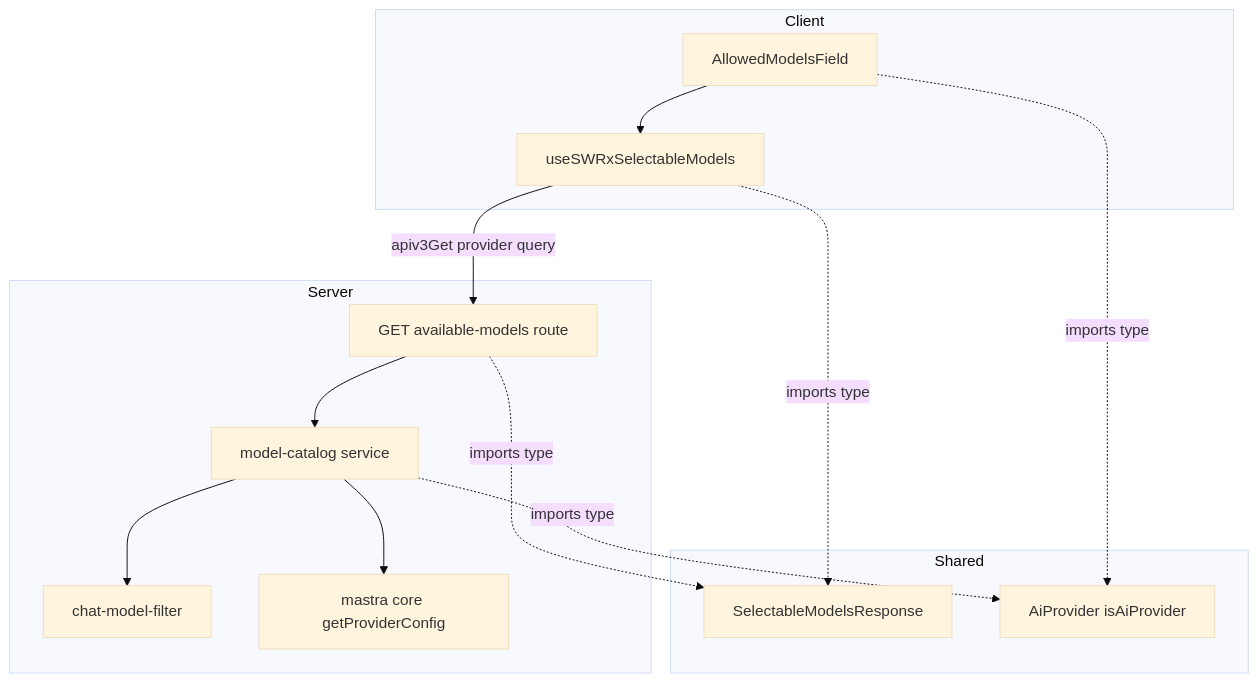
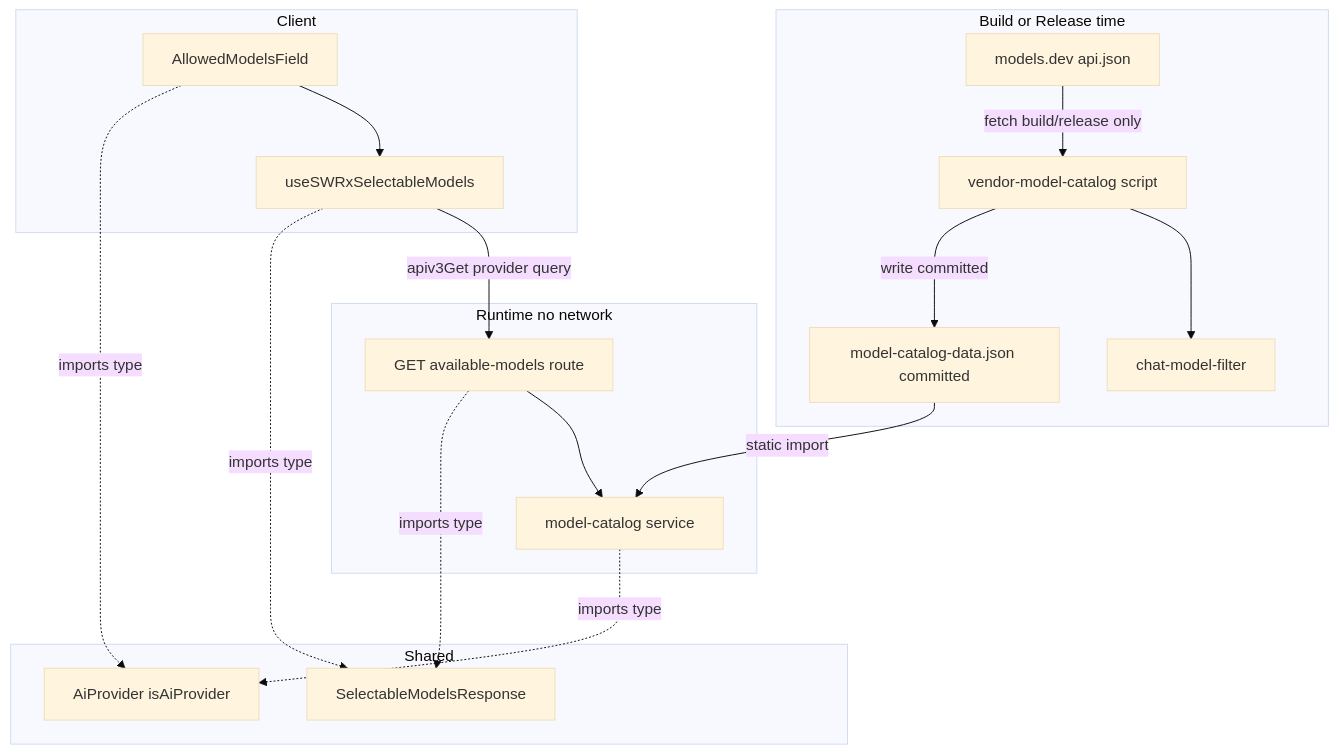
Before and after one commit to growilabs/growi: the first of 2 diagrams in .kiro/specs/ai-settings-model-picker/design.md, drawn with Mermaid (base theme). The commit also changed other lines of this file and 2 other files, not shown here.

First line of the commit message:
Update ai-settings-model-picker spec and tasks for implementation readiness

````diff
--- a/.kiro/specs/ai-settings-model-picker/design.md
+++ b/.kiro/specs/ai-settings-model-picker/design.md
@@ -62,25 +67,31 @@
 ```mermaid
 graph TB
+    subgraph BuildRelease[Build or Release time]
+        ModelsDev[models.dev api.json]
+        Vendor[vendor-model-catalog script]
+        Filter[chat-model-filter]
+        Vendor --> Filter
+        ModelsDev -->|fetch build/release only| Vendor
+        Vendor -->|write committed| Data[model-catalog-data.json committed]
+    end
+    subgraph Runtime[Runtime no network]
+        Catalog[model-catalog service]
+        Route[GET available-models route]
+        Data -->|static import| Catalog
+        Route --> Catalog
+    end
     subgraph Client
         Field[AllowedModelsField]
         Hook[useSWRxSelectableModels]
         Field --> Hook
-    end
-    subgraph Server
-        Route[GET available-models route]
-        Catalog[model-catalog service]
-        Filter[chat-model-filter]
-        Route --> Catalog
-        Catalog --> Filter
-        Catalog --> Mastra[mastra core getProviderConfig]
+        Hook -->|apiv3Get provider query| Route
     end
     subgraph Shared
         DTO[SelectableModelsResponse]
         Provider[AiProvider isAiProvider]
     end
-    Hook -->|apiv3Get provider query| Route
     Hook -.->|imports type| DTO
     Route -.->|imports type| DTO
     Field -.->|imports type| Provider
     Catalog -.->|imports type| Provider
 ```
````
